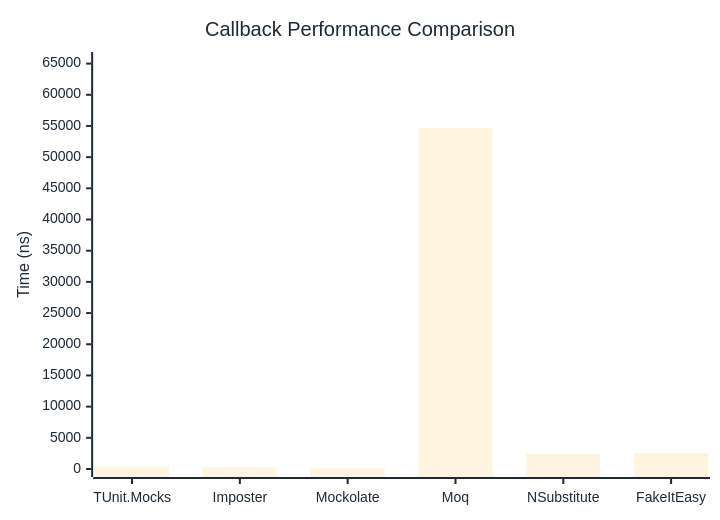
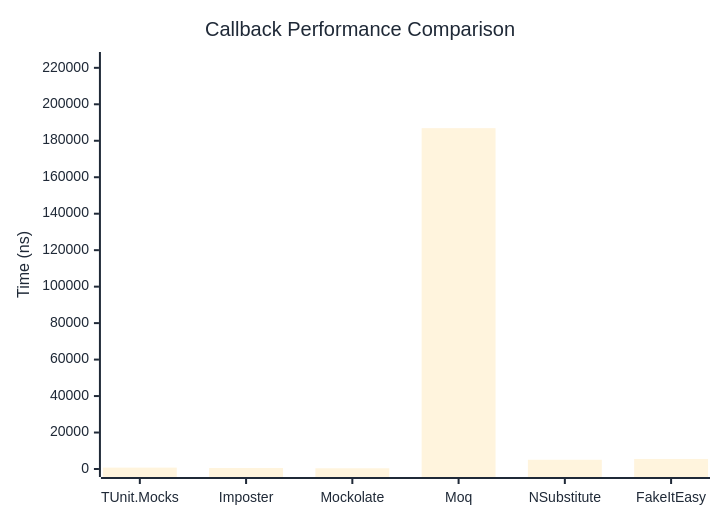
Before and after one commit to thomhurst/TUnit: the first of 2 diagrams in docs/docs/benchmarks/mocks/Callback.md, drawn with Mermaid. The commit also changed other lines of this file and 14 other files, not shown here.

````diff
--- a/docs/docs/benchmarks/mocks/Callback.md
+++ b/docs/docs/benchmarks/mocks/Callback.md
@@ -30,27 +30,27 @@
 ```mermaid
 %%{init: {
   'theme':'base',
   'themeVariables': {
     'primaryColor': '#2563eb',
     'primaryTextColor': '#1f2937',
     'primaryBorderColor': '#1e40af',
     'lineColor': '#6b7280',
     'secondaryColor': '#7c3aed',
     'tertiaryColor': '#dc2626',
     'background': '#ffffff',
     'pie1': '#2563eb',
     'pie2': '#7c3aed',
     'pie3': '#dc2626',
     'pie4': '#f59e0b',
     'pie5': '#10b981',
     'pie6': '#06b6d4',
     'pie7': '#ec4899',
     'pie8': '#6366f1'
   }
 }}%%
 xychart-beta
   title "Callback Performance Comparison"
   x-axis ["TUnit.Mocks", "Imposter", "Mockolate", "Moq", "NSubstitute", "FakeItEasy"]
-  y-axis "Time (ns)" 0 --> 65577
-  bar [393.7, 268.9, 207.9, 54647.2, 2404.8, 2575.3]
+  y-axis "Time (ns)" 0 --> 224289
+  bar [751, 545.8, 403, 186906.9, 5060.9, 5498.9]
 ```
````
